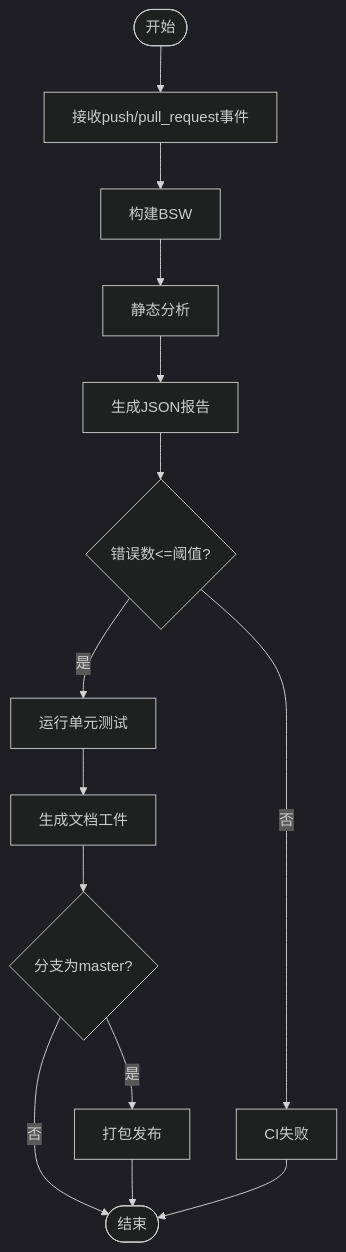
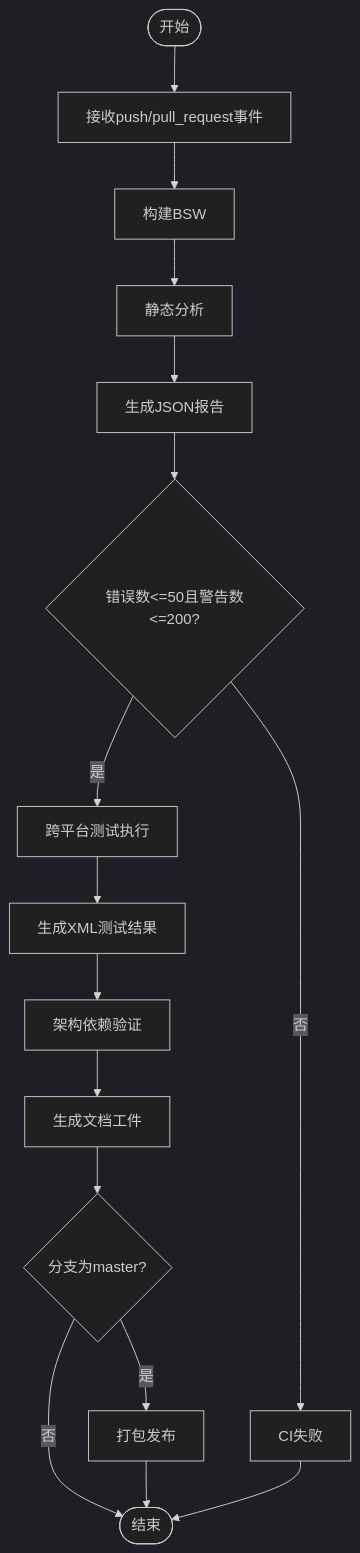
The third of 9 diagrams in .qoder/repowiki/zh/content/开发指南/开发流程/开发工作流自动化.md (frisky1985/yuleASR), drawn with Mermaid (dark theme) before and after one commit. The commit also changed other lines of this file and 12 other files, not shown here.

````diff
--- a/.qoder/repowiki/zh/content/开发指南/开发流程/开发工作流自动化.md
+++ b/.qoder/repowiki/zh/content/开发指南/开发流程/开发工作流自动化.md
@@ -174,16 +202,18 @@
 ```mermaid
 flowchart TD
 Start(["开始"]) --> Push["接收push/pull_request事件"]
 Push --> Build["构建BSW"]
 Build --> SA["静态分析"]
 SA --> Report["生成JSON报告"]
-Report --> Gate{"错误数<=阈值?"}
+Report --> Gate{"错误数<=50且警告数<=200?"}
 Gate --> |否| Fail["CI失败"]
-Gate --> |是| Test["运行单元测试"]
-Test --> Doc["生成文档工件"]
+Gate --> |是| Test["跨平台测试执行"]
+Test --> XML["生成XML测试结果"]
+XML --> Arch["架构依赖验证"]
+Arch --> Doc["生成文档工件"]
 Doc --> Branch{"分支为master?"}
 Branch --> |是| Release["打包发布"]
 Branch --> |否| End(["结束"])
 Release --> End
 Fail --> End
 ```
````
